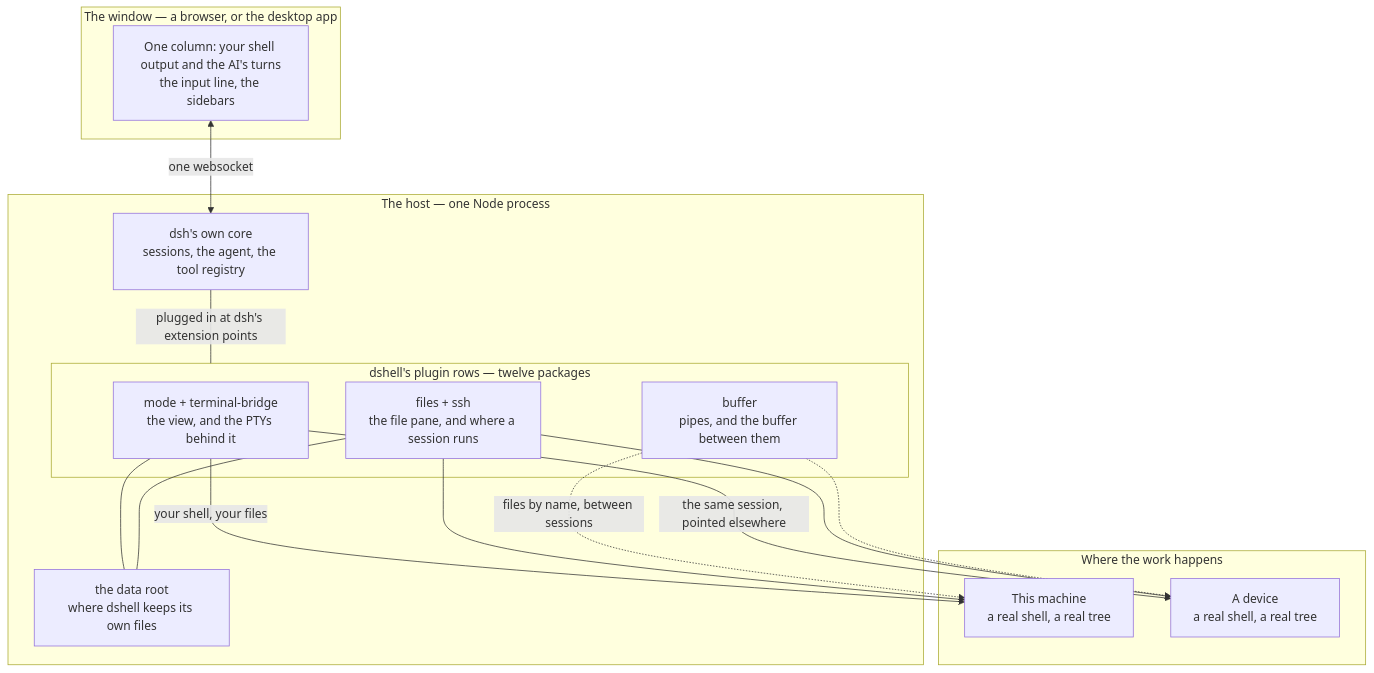
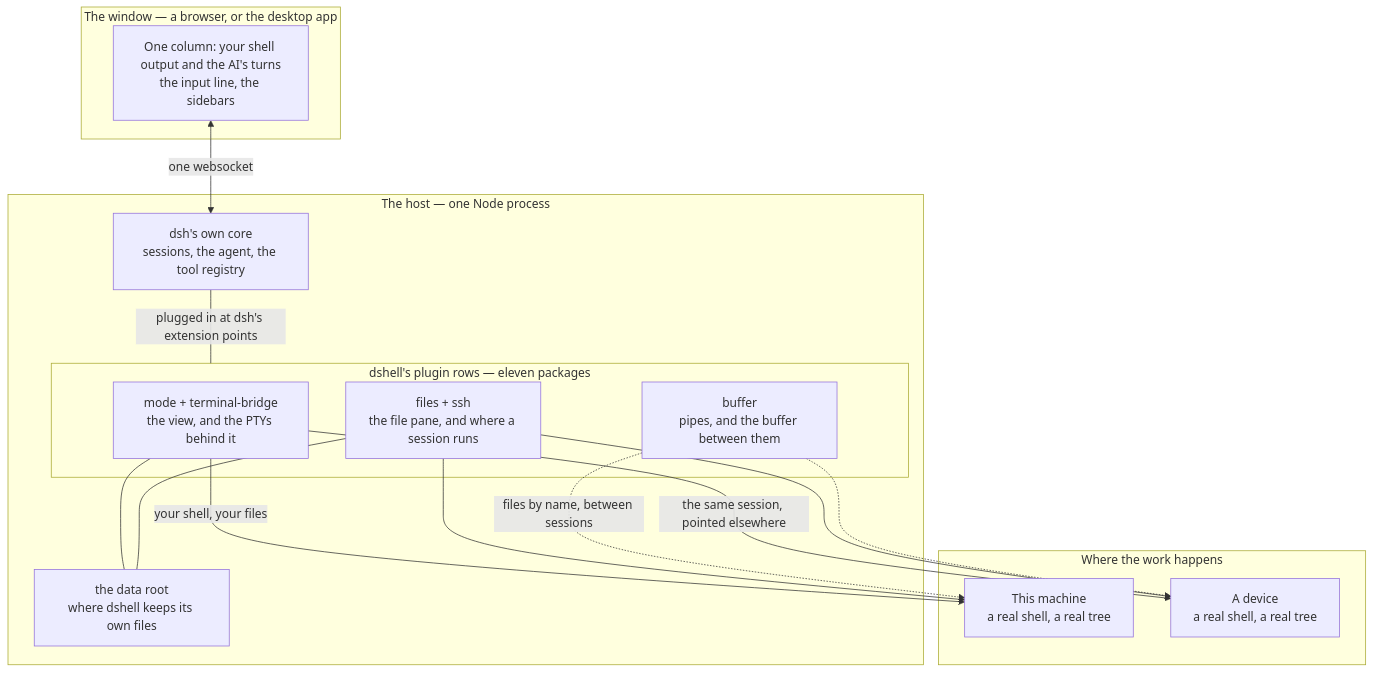
One commit to Nexus-Aethra/Nexus-Terminal changed the first of 10 diagrams in README.md. Above: the diagram before and after it, drawn with Mermaid. The commit also changed other lines of this file and 65 other files, not shown here.

````diff
--- a/README.md
+++ b/README.md
@@ -48,29 +47,29 @@
 ```mermaid
 flowchart TB
   subgraph WIN["The window — a browser, or the desktop app"]
     UI["One column: your shell output and the AI's turns<br/>the input line, the sidebars"]
   end
   subgraph HOST["The host — one Node process"]
     CORE["dsh's own core<br/>sessions, the agent, the tool registry"]
-    subgraph ROWS["dshell's plugin rows — twelve packages"]
+    subgraph ROWS["dshell's plugin rows — eleven packages"]
       VIEW["mode + terminal-bridge<br/>the view, and the PTYs behind it"]
       PANE["files + ssh<br/>the file pane, and where a session runs"]
       LINK["buffer<br/>pipes, and the buffer between them"]
     end
     ROOT["the data root<br/>where dshell keeps its own files"]
   end
   subgraph WORLD["Where the work happens"]
     HERE["This machine<br/>a real shell, a real tree"]
     THERE["A device<br/>a real shell, a real tree"]
   end
   UI <-->|"one websocket"| CORE
   CORE ---|"plugged in at dsh's extension points"| ROWS
   VIEW -->|"your shell, your files"| HERE
   VIEW -->|"the same session, pointed elsewhere"| THERE
   PANE --> HERE
   PANE --> THERE
   LINK -.->|"files by name, between sessions"| HERE
   LINK -.-> THERE
   VIEW --- ROOT
   PANE --- ROOT
 ```
````
